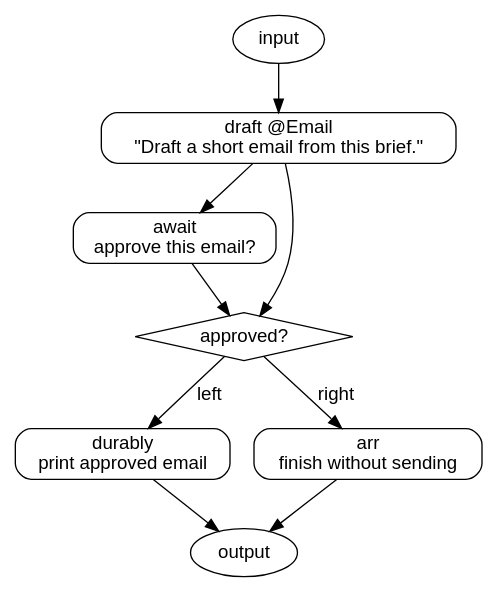
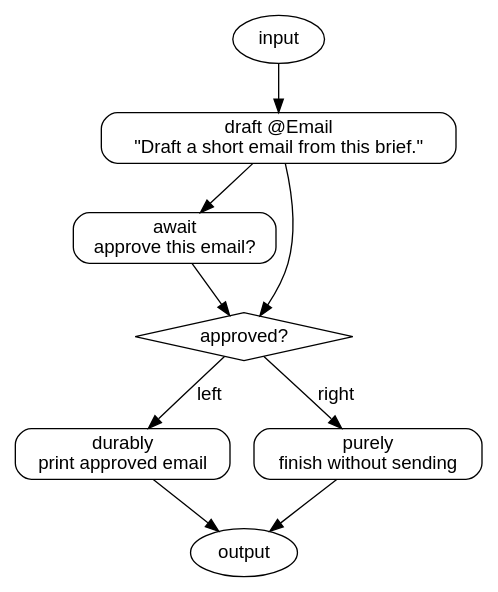
The diagram in examples/diagrams/email-approval.dot (drshade/haskell-agentic), drawn with Graphviz before and after one commit. The commit also changed 49 other files, not shown here.

Commit message:
Generalise repeat predicates to flows and document the calculus

```diff
--- a/examples/diagrams/email-approval.dot
+++ b/examples/diagrams/email-approval.dot
@@ -1,20 +1,20 @@
 digraph flow {
   compound=true;
   node [shape=box, style=rounded, fontname="Helvetica"];
   edge [fontname="Helvetica"];
   input [label="input", shape=oval];
   n_flow_seq_0_0 [label="draft @Email\n\"Draft a short email from this brief.\""];
   n_flow_seq_1_seq_0_fan_1_note_0 [label="await\napprove this email?"];
   n_flow_seq_1_seq_1_seq_1_note_0 [label="approved?", shape=diamond, style=solid];
   n_flow_seq_1_seq_1_seq_1_note_choose_0_note_0 [label="durably\nprint approved email"];
-  n_flow_seq_1_seq_1_seq_1_note_choose_1_note_0 [label="arr\nfinish without sending"];
+  n_flow_seq_1_seq_1_seq_1_note_choose_1_note_0 [label="purely\nfinish without sending"];
   output [label="output", shape=oval];
   input -> n_flow_seq_0_0;
   n_flow_seq_0_0 -> n_flow_seq_1_seq_0_fan_1_note_0;
   n_flow_seq_0_0 -> n_flow_seq_1_seq_1_seq_1_note_0;
   n_flow_seq_1_seq_0_fan_1_note_0 -> n_flow_seq_1_seq_1_seq_1_note_0;
   n_flow_seq_1_seq_1_seq_1_note_0 -> n_flow_seq_1_seq_1_seq_1_note_choose_0_note_0 [label="left"];
   n_flow_seq_1_seq_1_seq_1_note_0 -> n_flow_seq_1_seq_1_seq_1_note_choose_1_note_0 [label="right"];
   n_flow_seq_1_seq_1_seq_1_note_choose_0_note_0 -> output;
   n_flow_seq_1_seq_1_seq_1_note_choose_1_note_0 -> output;
 }
```
